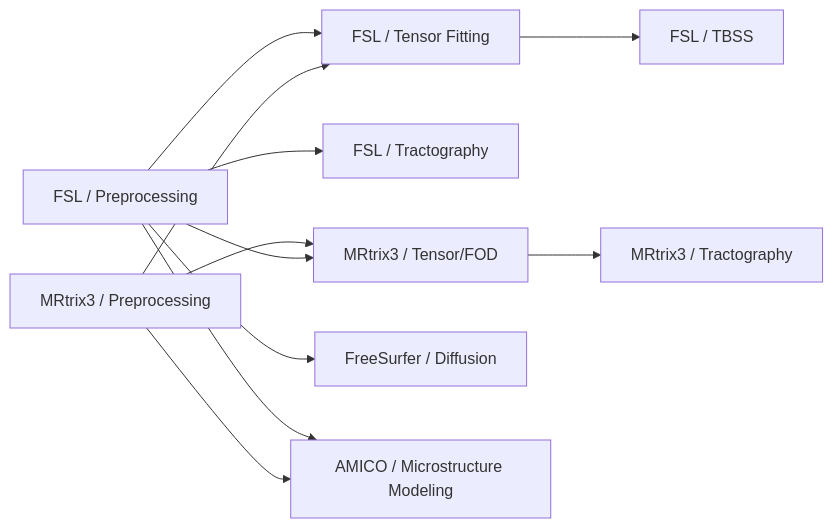
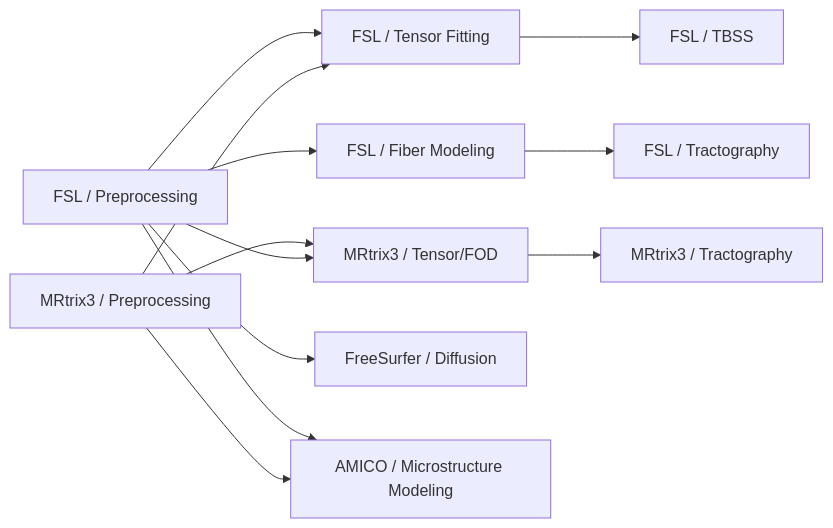
Before and after one commit to KunaalAgarwal/fMRIbuild: the diagram in utils/dmri_tests/connects/dmri_subsection_graph.mmd, drawn with Mermaid. The commit also changed 51 other files, not shown here.

```diff
--- a/utils/dmri_tests/connects/dmri_subsection_graph.mmd
+++ b/utils/dmri_tests/connects/dmri_subsection_graph.mmd
@@ -1,28 +1,30 @@
 flowchart LR
   %% dMRI subsection nodes discovered from src/data/toolData.js
   FSL_PREP["FSL / Preprocessing"]
   FSL_TENSOR["FSL / Tensor Fitting"]
+  FSL_FIBERMODEL["FSL / Fiber Modeling"]
   FSL_TRACT["FSL / Tractography"]
   FSL_TBSS["FSL / TBSS"]
 
   MRT_PREP["MRtrix3 / Preprocessing"]
   MRT_TENSOR_FOD["MRtrix3 / Tensor/FOD"]
   MRT_TRACT["MRtrix3 / Tractography"]
 
   FS_DIFF["FreeSurfer / Diffusion"]
   AMICO_MICRO["AMICO / Microstructure Modeling"]
 
   %% Directed subsection edges for realistic dMRI pipelines
   FSL_PREP --> FSL_TENSOR
-  FSL_PREP --> FSL_TRACT
+  FSL_PREP --> FSL_FIBERMODEL
+  FSL_FIBERMODEL --> FSL_TRACT
   FSL_TENSOR --> FSL_TBSS
   FSL_PREP --> FS_DIFF
   FSL_PREP --> AMICO_MICRO
 
   MRT_PREP --> MRT_TENSOR_FOD
   MRT_TENSOR_FOD --> MRT_TRACT
   MRT_PREP --> AMICO_MICRO
 
   %% Mixed-library interoperability edges (commonly feasible handoffs)
   MRT_PREP --> FSL_TENSOR
   FSL_PREP --> MRT_TENSOR_FOD
```
